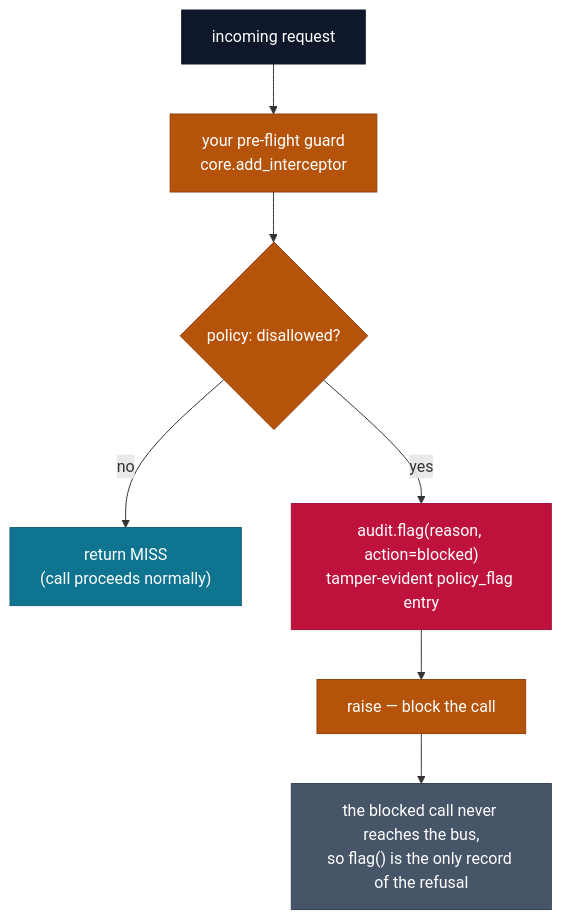
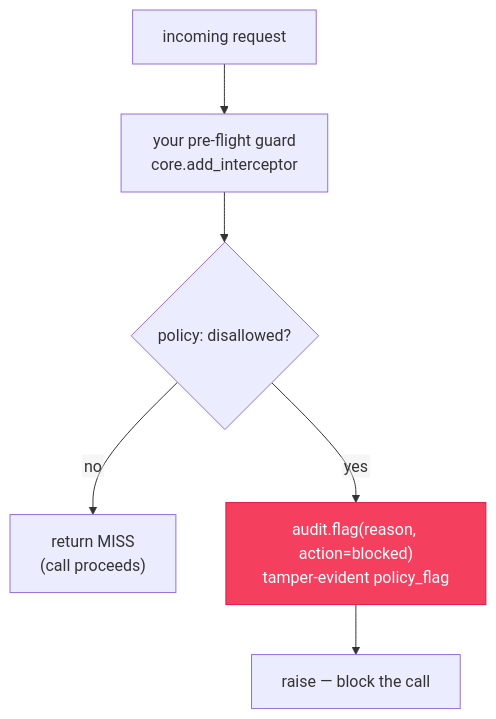
Before and after one commit to cendorhq/cendor-libs: the second of 2 diagrams in docs/acttrace.md, drawn with Mermaid. The commit also changed other lines of this file and 14 other files, not shown here.

````diff
--- a/docs/acttrace.md
+++ b/docs/acttrace.md
@@ -170,29 +232,17 @@
 ```mermaid
+%%{init: {"flowchart": {"htmlLabels": false}} }%%
 graph TD
     REQ["incoming request"]
     GUARD["your pre-flight guard<br/>core.add_interceptor"]
     POL{"policy: disallowed?"}
-    OK["return MISS<br/>(call proceeds normally)"]
-    FLAG["audit.flag(reason, action=blocked)<br/>tamper-evident policy_flag entry"]
+    OK["return MISS<br/>(call proceeds)"]
+    FLAG["audit.flag(reason, action=blocked)<br/>tamper-evident policy_flag"]
     STOP["raise — block the call"]
-    NOTE["the blocked call never reaches the bus,<br/>so flag() is the only record of the refusal"]
 
-    REQ --> GUARD
-    GUARD --> POL
+    REQ --> GUARD --> POL
     POL -->|no| OK
-    POL -->|yes| FLAG
-    FLAG --> STOP
-    STOP --> NOTE
+    POL -->|yes| FLAG --> STOP
 
-    classDef in fill:#0f172a,stroke:#0f172a,color:#ffffff;
-    classDef guard fill:#b45309,stroke:#92400e,color:#ffffff;
-    classDef at fill:#be123c,stroke:#9f1239,color:#ffffff;
-    classDef ok fill:#0e7490,stroke:#155e75,color:#ffffff;
-    classDef note fill:#475569,stroke:#334155,color:#ffffff;
-
-    class REQ in;
-    class GUARD,POL,STOP guard;
-    class OK ok;
+    classDef at fill:#F43F5E,color:#ffffff,stroke:#E11D48;
     class FLAG at;
-    class NOTE note;
 ```
````
